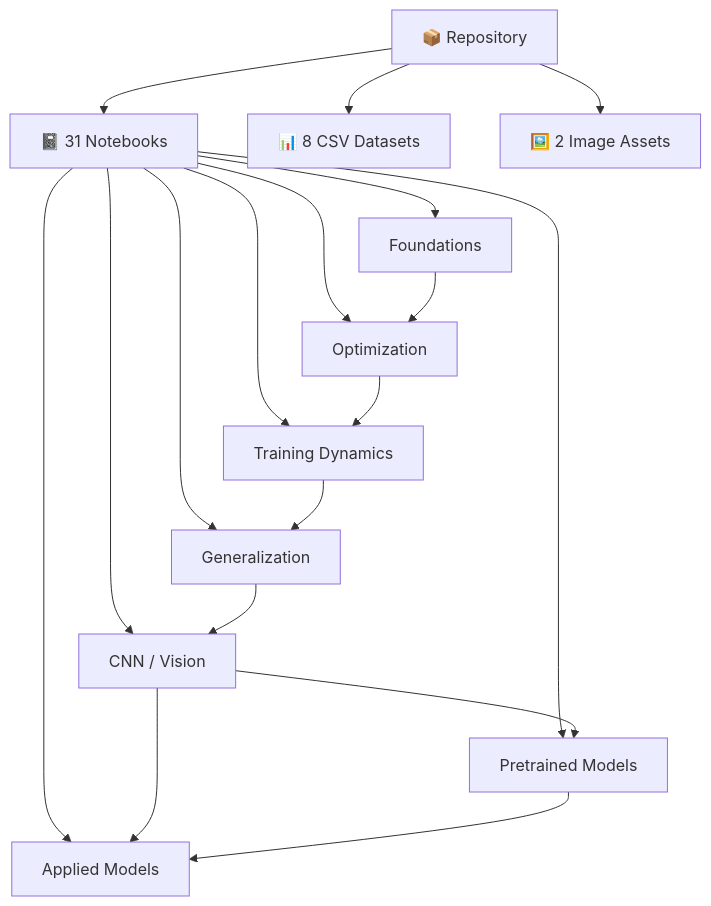
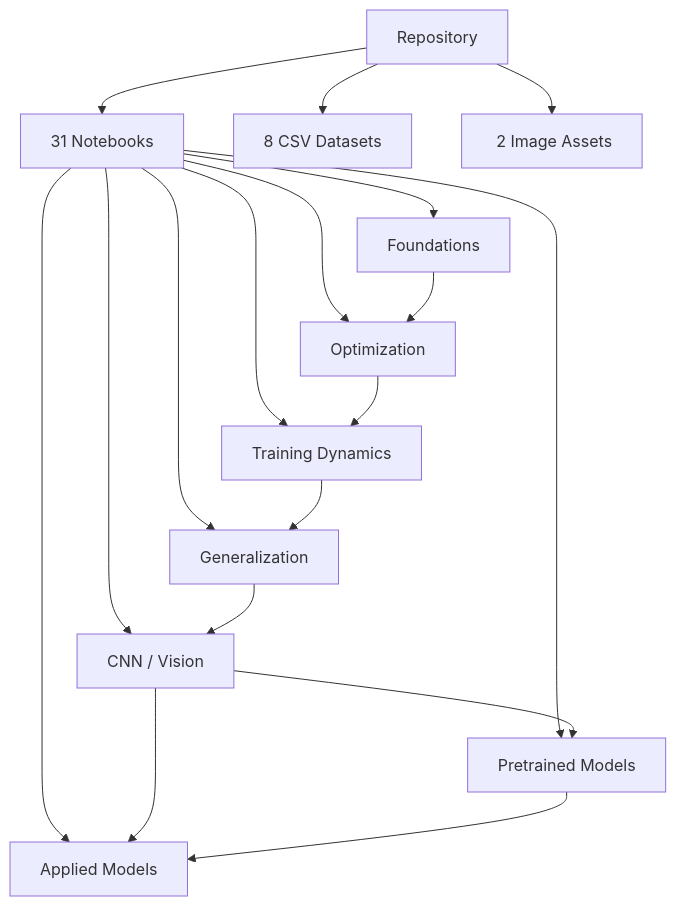
The third of 3 diagrams in README.md (RITESH2127/Deep-learning-notebooks-and-datasets), drawn with Mermaid before and after one commit. The commit also changed other lines of this file, not shown here.

```diff
--- a/README.md
+++ b/README.md
@@ -469,24 +469,24 @@
 ~~~mermaid
 flowchart TB
-    R["📦 Repository"]
+ R[" Repository"]
 
-    R --> N["📓 31 Notebooks"]
-    R --> D["📊 8 CSV Datasets"]
-    R --> I["🖼️ 2 Image Assets"]
+ R --> N[" 31 Notebooks"]
+ R --> D[" 8 CSV Datasets"]
+ R --> I["️ 2 Image Assets"]
 
-    N --> F["Foundations"]
-    N --> O["Optimization"]
-    N --> T["Training Dynamics"]
-    N --> G["Generalization"]
-    N --> C["CNN / Vision"]
-    N --> P["Pretrained Models"]
-    N --> A["Applied Models"]
+ N --> F["Foundations"]
+ N --> O["Optimization"]
+ N --> T["Training Dynamics"]
+ N --> G["Generalization"]
+ N --> C["CNN / Vision"]
+ N --> P["Pretrained Models"]
+ N --> A["Applied Models"]
 
-    F --> O
-    O --> T
-    T --> G
-    G --> C
-    C --> P
-    C --> A
-    P --> A
+ F --> O
+ O --> T
+ T --> G
+ G --> C
+ C --> P
+ C --> A
+ P --> A
 ~~~
```
